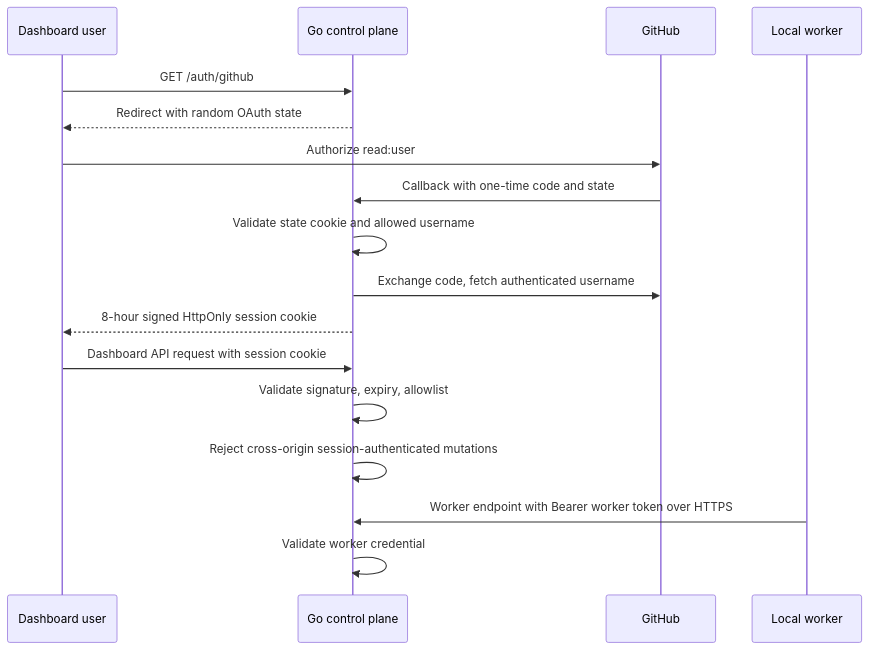
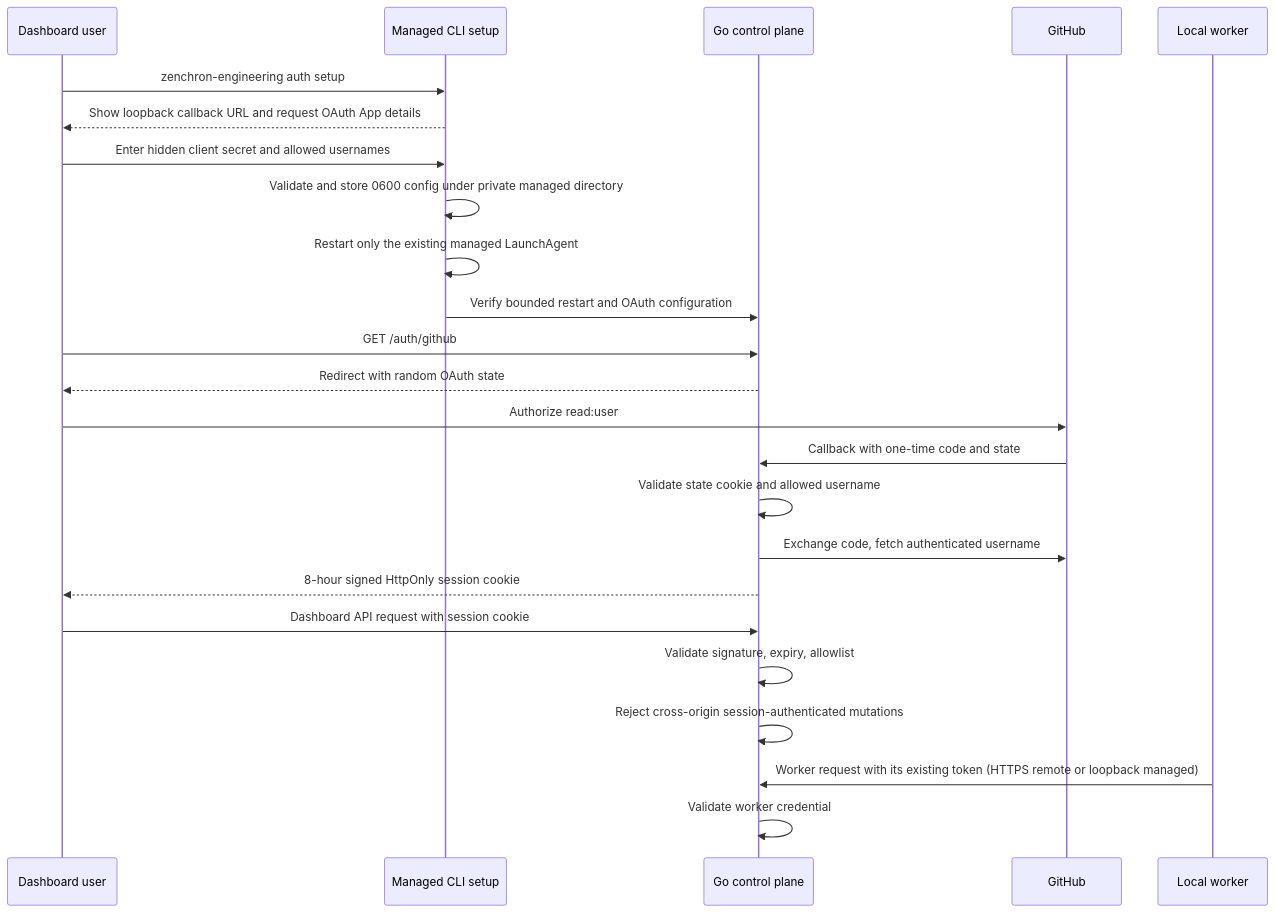
The diagram in docs/features/github-login-and-remote-worker-auth.md (bogdaniel/zenchron-engineering-os), drawn with Mermaid before and after one commit. The commit also changed other lines of this file and 1 other file, not shown here.

Commit message:
docs(auth): explain managed OAuth onboarding

````diff
--- a/docs/features/github-login-and-remote-worker-auth.md
+++ b/docs/features/github-login-and-remote-worker-auth.md
@@ -9,19 +12,26 @@
 ```mermaid
 sequenceDiagram
     participant User as Dashboard user
+    participant CLI as Managed CLI setup
     participant API as Go control plane
     participant GitHub
     participant Worker as Local worker
+    User->>CLI: zenchron-engineering auth setup
+    CLI-->>User: Show loopback callback URL and request OAuth App details
+    User->>CLI: Enter hidden client secret and allowed usernames
+    CLI->>CLI: Validate and store 0600 config under private managed directory
+    CLI->>CLI: Restart only the existing managed LaunchAgent
+    CLI->>API: Verify bounded restart and OAuth configuration
     User->>API: GET /auth/github
     API-->>User: Redirect with random OAuth state
     User->>GitHub: Authorize read:user
     GitHub->>API: Callback with one-time code and state
     API->>API: Validate state cookie and allowed username
     API->>GitHub: Exchange code, fetch authenticated username
     API-->>User: 8-hour signed HttpOnly session cookie
     User->>API: Dashboard API request with session cookie
     API->>API: Validate signature, expiry, allowlist
     API->>API: Reject cross-origin session-authenticated mutations
-    Worker->>API: Worker endpoint with Bearer worker token over HTTPS
+    Worker->>API: Worker request with its existing token (HTTPS remote or loopback managed)
     API->>API: Validate worker credential
 ```
````
